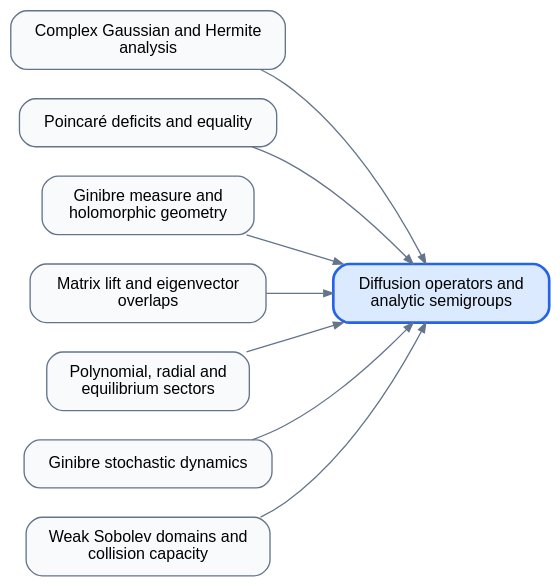
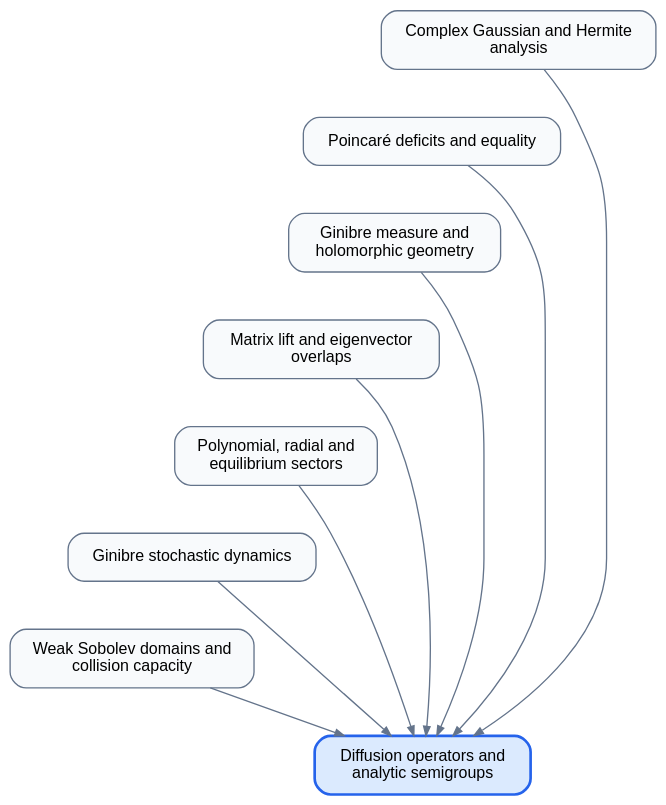
Before and after one commit to djalilchafai/ginibre-poincare: the diagram in diagrams/GeneratorSemigroup.dot, drawn with Graphviz. The commit also changed 44 other files, not shown here.

Commit message:
Make dependency diagrams vertical and add GitHub Pages deployment

```diff
--- a/diagrams/GeneratorSemigroup.dot
+++ b/diagrams/GeneratorSemigroup.dot
@@ -1,21 +1,27 @@
 digraph dependencies {
-rankdir=LR;
+rankdir=TB;
 graph [bgcolor="transparent", pad="0.3", nodesep="0.3"];
 node [shape=box, style="rounded,filled", fillcolor="#f8fafc", color="#64748b", fontname="sans-serif", fontsize=12, margin="0.18,0.12"];
 edge [color="#64748b", arrowsize=0.7];
 ComplexGaussianHermite [label="Complex Gaussian and Hermite\nanalysis"];
 DeficitsEquality [label="Poincaré deficits and equality"];
 GinibreMeasureGeometry [label="Ginibre measure and\nholomorphic geometry"];
 MatrixLift [label="Matrix lift and eigenvector\noverlaps"];
 PolynomialRadial [label="Polynomial, radial and\nequilibrium sectors"];
 StochasticDynamics [label="Ginibre stochastic dynamics"];
 WeakSobolev [label="Weak Sobolev domains and\ncollision capacity"];
 GeneratorSemigroup [label="Diffusion operators and\nanalytic semigroups", fillcolor="#dbeafe", color="#2563eb", penwidth=2];
 ComplexGaussianHermite -> GeneratorSemigroup;
 DeficitsEquality -> GeneratorSemigroup;
 GinibreMeasureGeometry -> GeneratorSemigroup;
 MatrixLift -> GeneratorSemigroup;
 PolynomialRadial -> GeneratorSemigroup;
 StochasticDynamics -> GeneratorSemigroup;
 WeakSobolev -> GeneratorSemigroup;
+ComplexGaussianHermite -> DeficitsEquality [style=invis];
+DeficitsEquality -> GinibreMeasureGeometry [style=invis];
+GinibreMeasureGeometry -> MatrixLift [style=invis];
+MatrixLift -> PolynomialRadial [style=invis];
+PolynomialRadial -> StochasticDynamics [style=invis];
+StochasticDynamics -> WeakSobolev [style=invis];
 }
```
